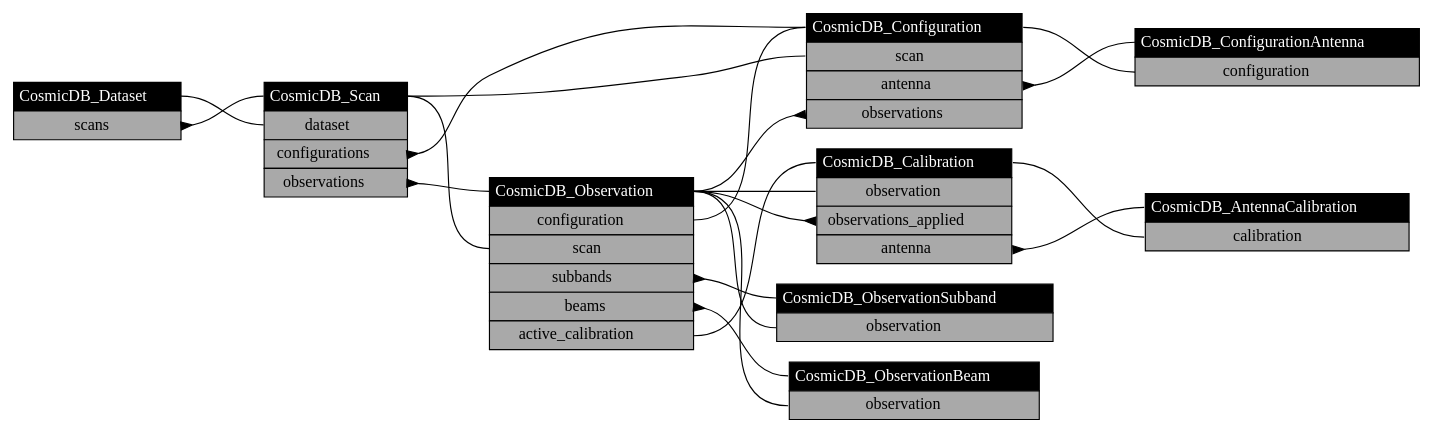
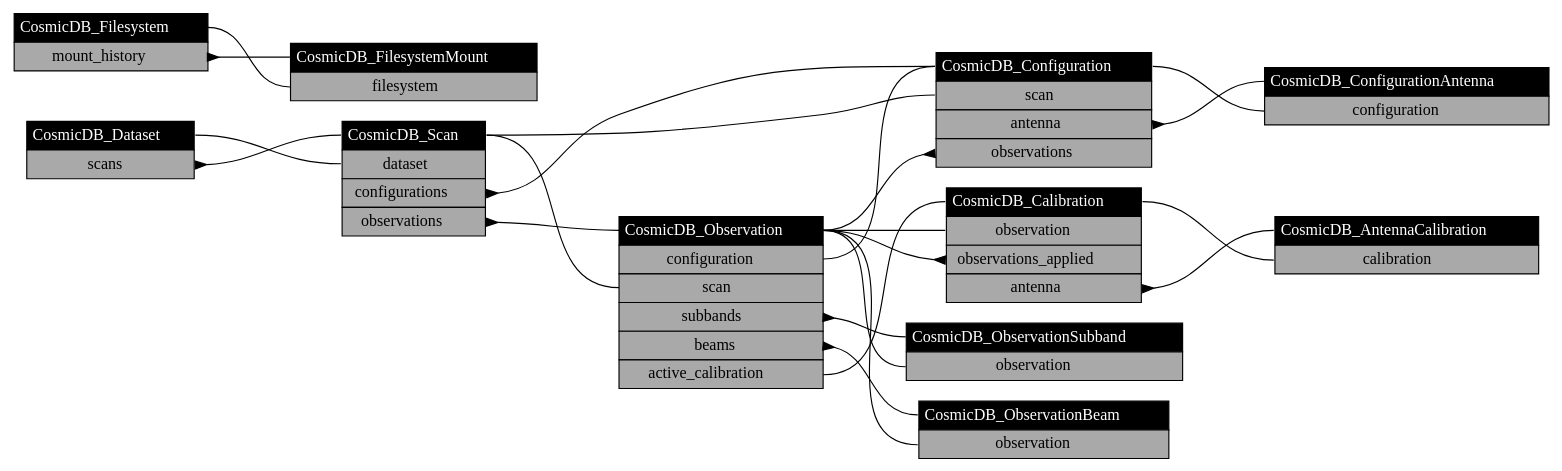
Before and after one commit to COSMIC-SETI/COSMIC-VLA-Database: the diagram in docs/entities_Operation.dot, drawn with Graphviz. The commit also changed 11 other files, not shown here.

```diff
--- a/docs/entities_Operation.dot
+++ b/docs/entities_Operation.dot
@@ -1,70 +1,80 @@
 digraph Operation_Entities {
 layout=dot;
 rankdir=LR;
 ranksep="1.0";
 CosmicDB_Dataset [label=<<table border="0" cellborder="1" cellspacing="0" cellpadding="4">
 	<tr><td bgcolor="black" port="class"><font color="white">CosmicDB_Dataset</font></td></tr>
 	<tr><td bgcolor="darkgrey" port="scans">scans</td></tr>
 </table>>, shape=plain];
 CosmicDB_Scan [label=<<table border="0" cellborder="1" cellspacing="0" cellpadding="4">
 	<tr><td bgcolor="black" port="class"><font color="white">CosmicDB_Scan</font></td></tr>
 	<tr><td bgcolor="darkgrey" port="dataset">dataset</td></tr>
 	<tr><td bgcolor="darkgrey" port="configurations">configurations</td></tr>
 	<tr><td bgcolor="darkgrey" port="observations">observations</td></tr>
 </table>>, shape=plain];
 CosmicDB_Configuration [label=<<table border="0" cellborder="1" cellspacing="0" cellpadding="4">
 	<tr><td bgcolor="black" port="class"><font color="white">CosmicDB_Configuration</font></td></tr>
 	<tr><td bgcolor="darkgrey" port="scan">scan</td></tr>
 	<tr><td bgcolor="darkgrey" port="antenna">antenna</td></tr>
 	<tr><td bgcolor="darkgrey" port="observations">observations</td></tr>
 </table>>, shape=plain];
 CosmicDB_ConfigurationAntenna [label=<<table border="0" cellborder="1" cellspacing="0" cellpadding="4">
 	<tr><td bgcolor="black" port="class"><font color="white">CosmicDB_ConfigurationAntenna</font></td></tr>
 	<tr><td bgcolor="darkgrey" port="configuration">configuration</td></tr>
 </table>>, shape=plain];
 CosmicDB_Calibration [label=<<table border="0" cellborder="1" cellspacing="0" cellpadding="4">
 	<tr><td bgcolor="black" port="class"><font color="white">CosmicDB_Calibration</font></td></tr>
 	<tr><td bgcolor="darkgrey" port="observation">observation</td></tr>
 	<tr><td bgcolor="darkgrey" port="observations_applied">observations_applied</td></tr>
 	<tr><td bgcolor="darkgrey" port="antenna">antenna</td></tr>
 </table>>, shape=plain];
 CosmicDB_AntennaCalibration [label=<<table border="0" cellborder="1" cellspacing="0" cellpadding="4">
 	<tr><td bgcolor="black" port="class"><font color="white">CosmicDB_AntennaCalibration</font></td></tr>
 	<tr><td bgcolor="darkgrey" port="calibration">calibration</td></tr>
 </table>>, shape=plain];
 CosmicDB_Observation [label=<<table border="0" cellborder="1" cellspacing="0" cellpadding="4">
 	<tr><td bgcolor="black" port="class"><font color="white">CosmicDB_Observation</font></td></tr>
 	<tr><td bgcolor="darkgrey" port="configuration">configuration</td></tr>
 	<tr><td bgcolor="darkgrey" port="scan">scan</td></tr>
 	<tr><td bgcolor="darkgrey" port="subbands">subbands</td></tr>
 	<tr><td bgcolor="darkgrey" port="beams">beams</td></tr>
 	<tr><td bgcolor="darkgrey" port="active_calibration">active_calibration</td></tr>
 </table>>, shape=plain];
 CosmicDB_ObservationSubband [label=<<table border="0" cellborder="1" cellspacing="0" cellpadding="4">
 	<tr><td bgcolor="black" port="class"><font color="white">CosmicDB_ObservationSubband</font></td></tr>
 	<tr><td bgcolor="darkgrey" port="observation">observation</td></tr>
 </table>>, shape=plain];
 CosmicDB_ObservationBeam [label=<<table border="0" cellborder="1" cellspacing="0" cellpadding="4">
 	<tr><td bgcolor="black" port="class"><font color="white">CosmicDB_ObservationBeam</font></td></tr>
 	<tr><td bgcolor="darkgrey" port="observation">observation</td></tr>
 </table>>, shape=plain];
+CosmicDB_Filesystem [label=<<table border="0" cellborder="1" cellspacing="0" cellpadding="4">
+	<tr><td bgcolor="black" port="class"><font color="white">CosmicDB_Filesystem</font></td></tr>
+	<tr><td bgcolor="darkgrey" port="mount_history">mount_history</td></tr>
+</table>>, shape=plain];
+CosmicDB_FilesystemMount [label=<<table border="0" cellborder="1" cellspacing="0" cellpadding="4">
+	<tr><td bgcolor="black" port="class"><font color="white">CosmicDB_FilesystemMount</font></td></tr>
+	<tr><td bgcolor="darkgrey" port="filesystem">filesystem</td></tr>
+</table>>, shape=plain];
 CosmicDB_Dataset:scans -> CosmicDB_Scan:class  [arrowtail=inv, dir=back];
 CosmicDB_Scan:dataset -> CosmicDB_Dataset:class  [arrowtail=none, dir=back];
 CosmicDB_Scan:configurations -> CosmicDB_Configuration:class  [arrowtail=inv, dir=back];
 CosmicDB_Scan:observations -> CosmicDB_Observation:class  [arrowtail=inv, dir=back];
 CosmicDB_Configuration:scan -> CosmicDB_Scan:class  [arrowtail=none, dir=back];
 CosmicDB_Configuration:antenna -> CosmicDB_ConfigurationAntenna:class  [arrowtail=inv, dir=back];
 CosmicDB_Configuration:observations -> CosmicDB_Observation:class  [arrowtail=inv, dir=back];
 CosmicDB_ConfigurationAntenna:configuration -> CosmicDB_Configuration:class  [arrowtail=none, dir=back];
 CosmicDB_Calibration:observation -> CosmicDB_Observation:class  [arrowtail=none, dir=back];
 CosmicDB_Calibration:observations_applied -> CosmicDB_Observation:class  [arrowtail=inv, dir=back];
 CosmicDB_Calibration:antenna -> CosmicDB_AntennaCalibration:class  [arrowtail=inv, dir=back];
 CosmicDB_AntennaCalibration:calibration -> CosmicDB_Calibration:class  [arrowtail=none, dir=back];
 CosmicDB_Observation:configuration -> CosmicDB_Configuration:class  [arrowtail=none, dir=back];
 CosmicDB_Observation:scan -> CosmicDB_Scan:class  [arrowtail=none, dir=back];
 CosmicDB_Observation:subbands -> CosmicDB_ObservationSubband:class  [arrowtail=inv, dir=back];
 CosmicDB_Observation:beams -> CosmicDB_ObservationBeam:class  [arrowtail=inv, dir=back];
 CosmicDB_Observation:active_calibration -> CosmicDB_Calibration:class  [arrowtail=none, dir=back];
 CosmicDB_ObservationSubband:observation -> CosmicDB_Observation:class  [arrowtail=none, dir=back];
 CosmicDB_ObservationBeam:observation -> CosmicDB_Observation:class  [arrowtail=none, dir=back];
+CosmicDB_Filesystem:mount_history -> CosmicDB_FilesystemMount:class  [arrowtail=inv, dir=back];
+CosmicDB_FilesystemMount:filesystem -> CosmicDB_Filesystem:class  [arrowtail=none, dir=back];
 }
```
